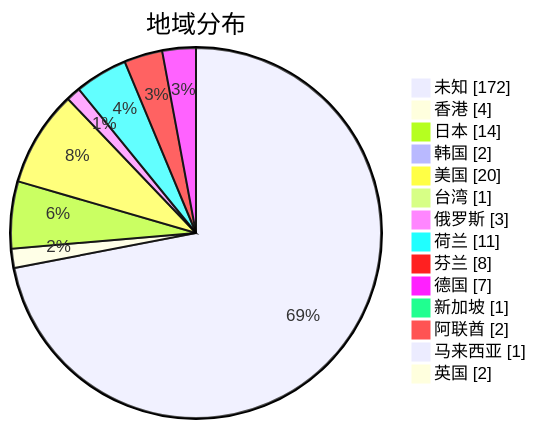
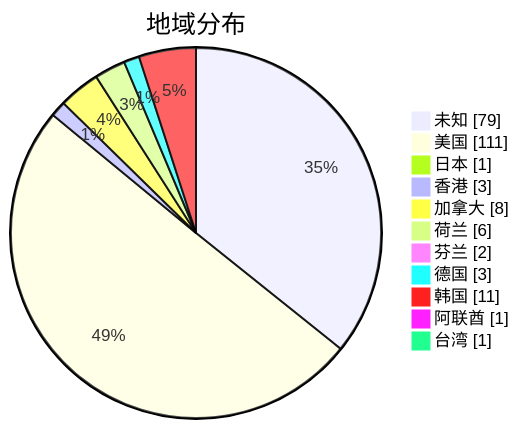
One commit to sinspired/airport changed the second of 3 diagrams in subs/statistics/tested_within.md. Above: the diagram before and after it, drawn with Mermaid. The commit also changed other lines of this file and 2 other files, not shown here.

````diff
--- a/subs/statistics/tested_within.md
+++ b/subs/statistics/tested_within.md
@@ -15,18 +16,15 @@
 ```mermaid
 pie showData
 title 地域分布
-"未知" : 172
-"香港" : 4
-"日本" : 14
-"韩国" : 2
-"美国" : 20
+"未知" : 79
+"美国" : 111
+"日本" : 1
+"香港" : 3
+"加拿大" : 8
+"荷兰" : 6
+"芬兰" : 2
+"德国" : 3
+"韩国" : 11
+"阿联酋" : 1
 "台湾" : 1
-"俄罗斯" : 3
-"荷兰" : 11
-"芬兰" : 8
-"德国" : 7
-"新加坡" : 1
-"阿联酋" : 2
-"马来西亚" : 1
-"英国" : 2
 ```
````
